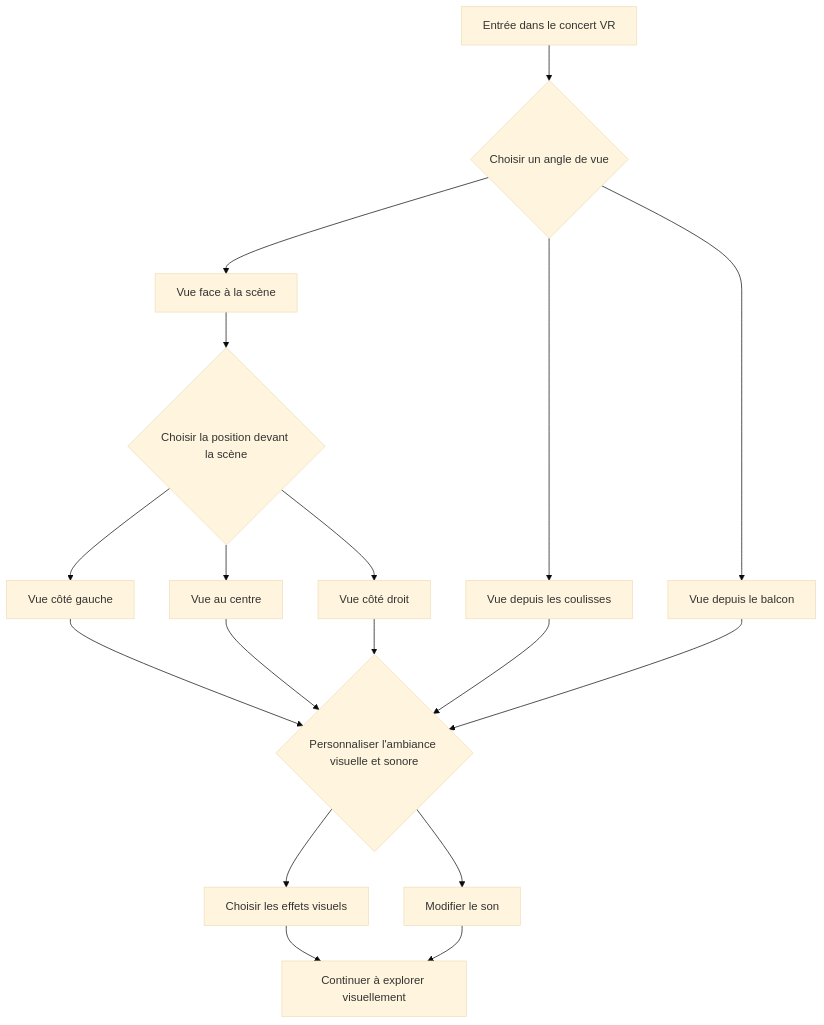
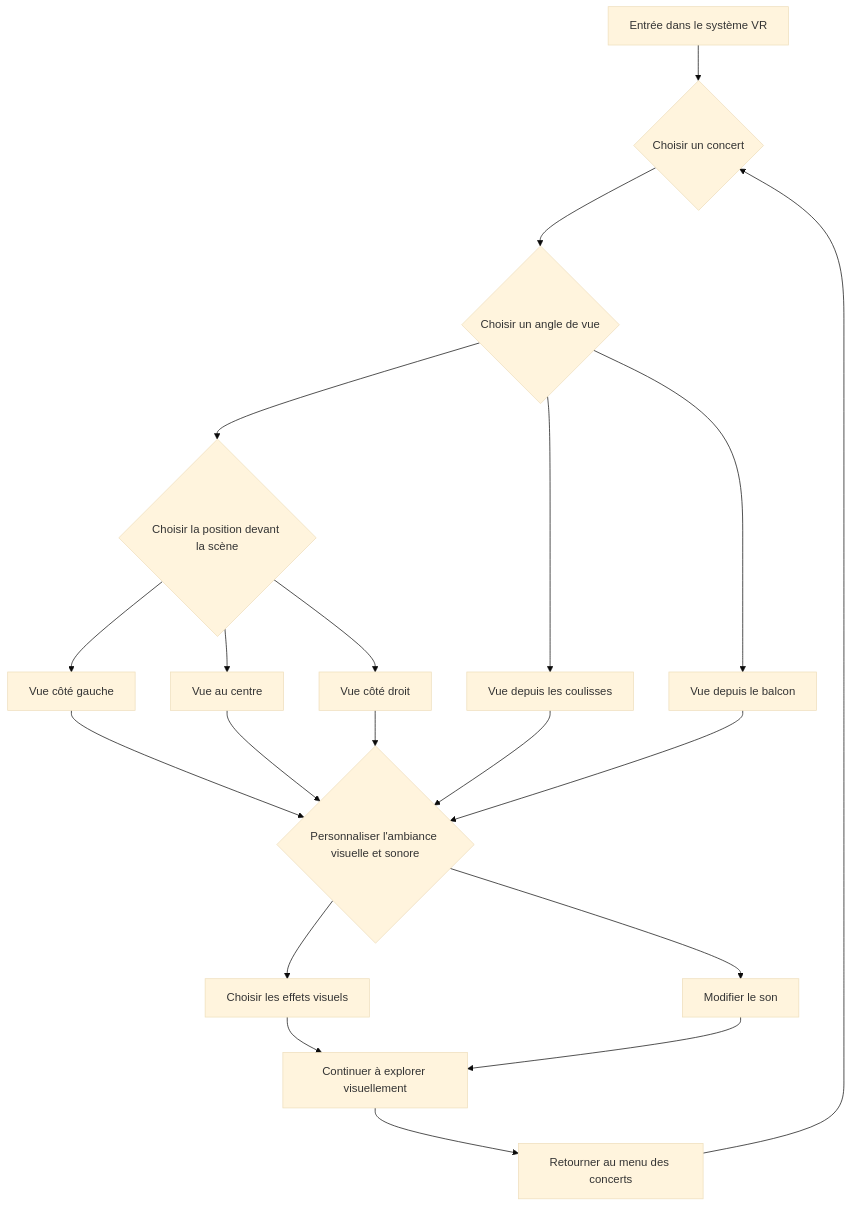
Before and after one commit to OhhhVinny/scenarisation_projet: the first of 2 diagrams in README.md, drawn with Mermaid (base theme).

Commit message:
modif schema v2

````diff
--- a/README.md
+++ b/README.md
@@ -26,22 +26,22 @@
 ```mermaid
 graph TD
-    Start[Entrée dans le concert VR] --> Vue{Choisir un angle de vue}
-    Vue --> VueScène[Vue face à la scène]
-    Vue --> VueCoulisses[Vue depuis les coulisses]
-    Vue --> VueBalcon[Vue depuis le balcon]
-    VueScène --> Position{Choisir la position devant la scène}
+    Entrée[Entrée dans le système VR] --> ChoixConcert{Choisir un concert}
+    ChoixConcert --> Vue{Choisir un angle de vue}
+    Vue --> Position{Choisir la position devant la scène}
     Position --> Gauche[Vue côté gauche]
     Position --> Centre[Vue au centre]
     Position --> Droite[Vue côté droit]
+    Vue --> VueCoulisses[Vue depuis les coulisses]
+    Vue --> VueBalcon[Vue depuis le balcon]
     Gauche --> Ambiance{Personnaliser l'ambiance visuelle et sonore}
     Centre --> Ambiance
     Droite --> Ambiance
     VueCoulisses --> Ambiance
     VueBalcon --> Ambiance
     Ambiance --> EffetsVisuels[Choisir les effets visuels]
     Ambiance --> Son[Modifier le son]
     EffetsVisuels --> Exploration[Continuer à explorer visuellement]
     Son --> Exploration
-
-
+    Exploration --> RetourMenu[Retourner au menu des concerts]
+    RetourMenu --> ChoixConcert
 ```
````
